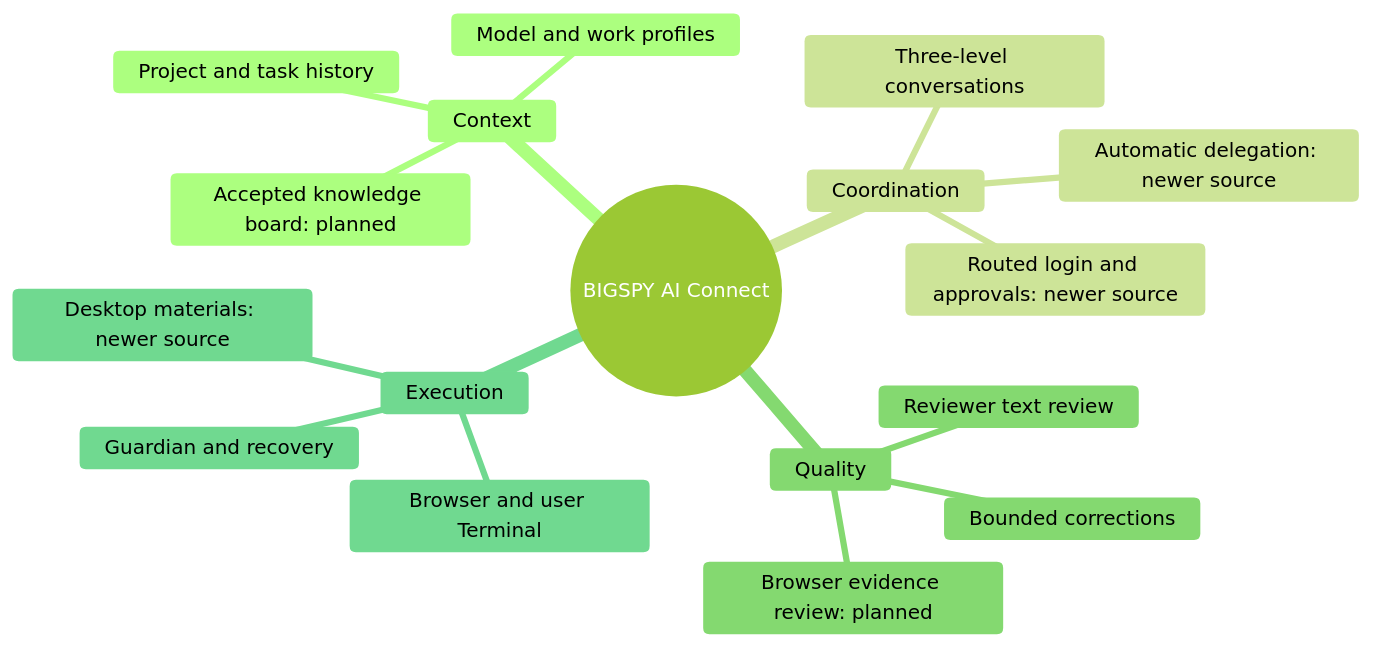
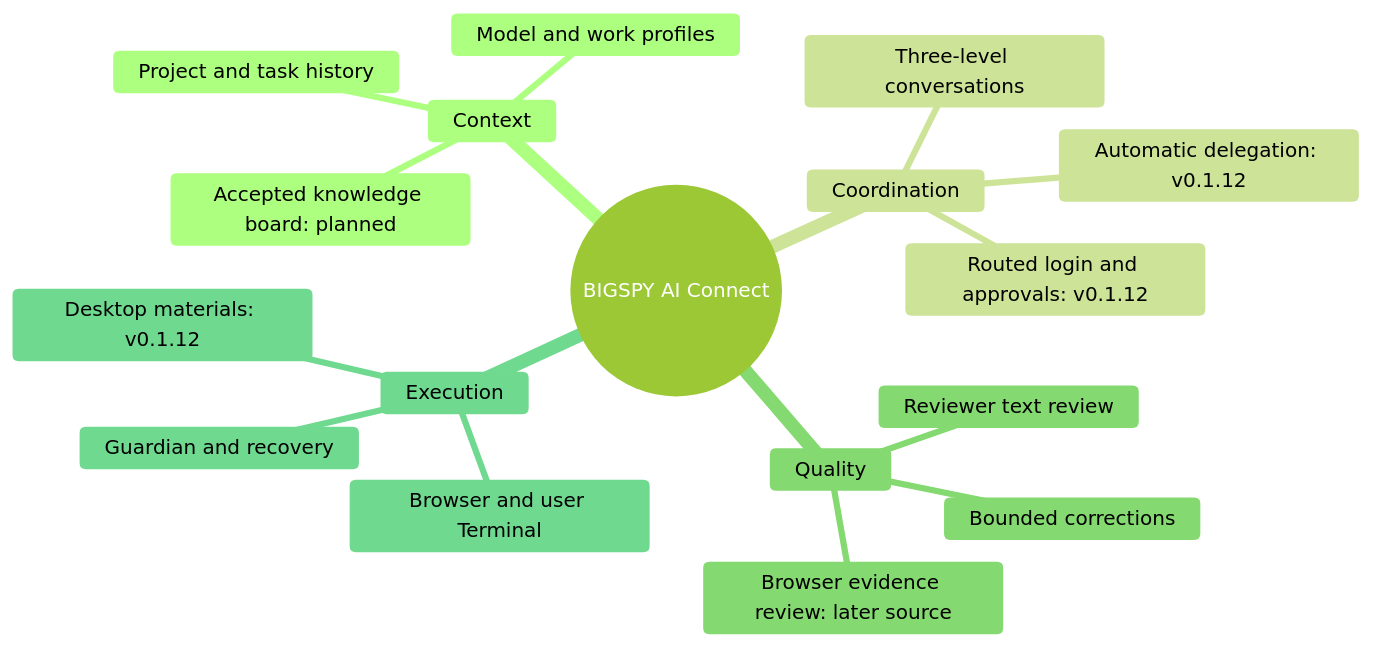
One commit to bentarofficial/bigspy-ai-connect-release changed the second of 2 diagrams in README.md. Above: the diagram before and after it, drawn with Mermaid (forest theme).

Commit message:
docs: align capability map with published and later source scope
Agent: Codex

```diff
--- a/README.md
+++ b/README.md
@@ -157,20 +157,20 @@
 ~~~mermaid
 mindmap
   root((BIGSPY AI Connect))
     Context
       Project and task history
       Model and work profiles
       Accepted knowledge board: planned
     Coordination
       Three-level conversations
-      Automatic delegation: newer source
-      Routed login and approvals: newer source
+      Automatic delegation: v0.1.12
+      Routed login and approvals: v0.1.12
     Quality
       Reviewer text review
       Bounded corrections
-      Browser evidence review: planned
+      Browser evidence review: later source
     Execution
       Browser and user Terminal
-      Desktop materials: newer source
+      Desktop materials: v0.1.12
       Guardian and recovery
 ~~~
```
